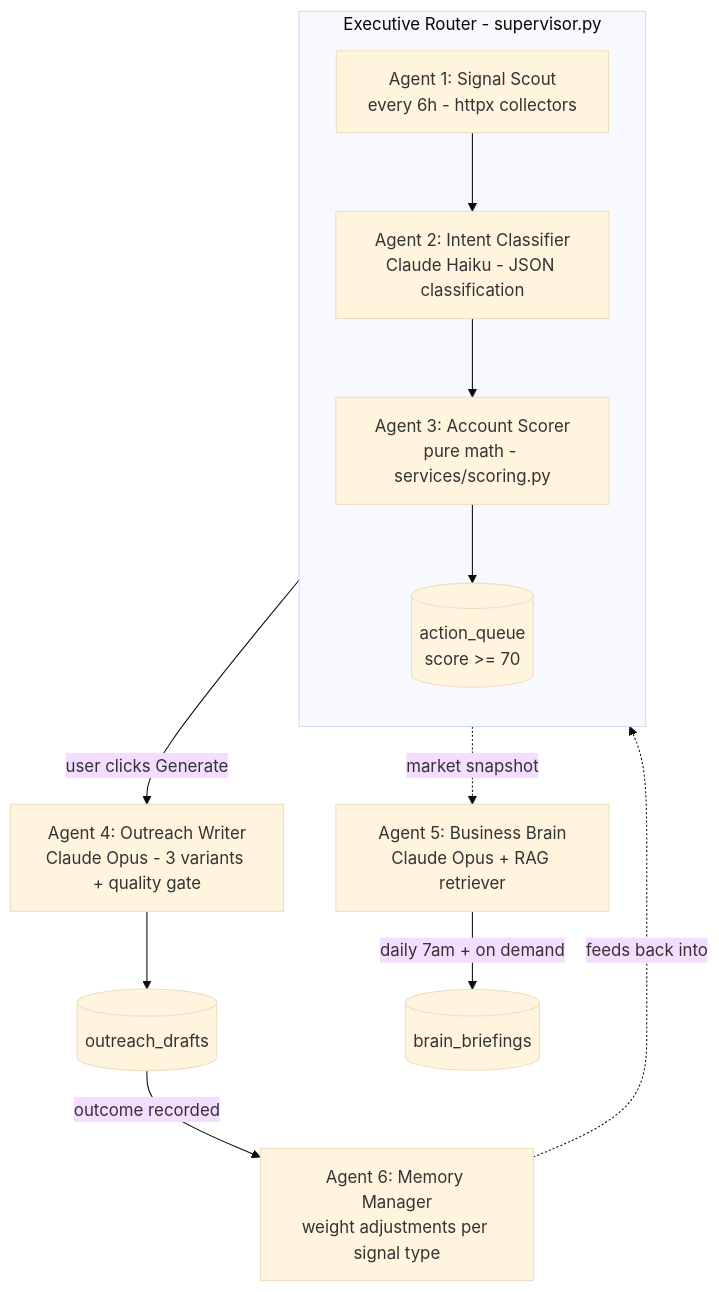
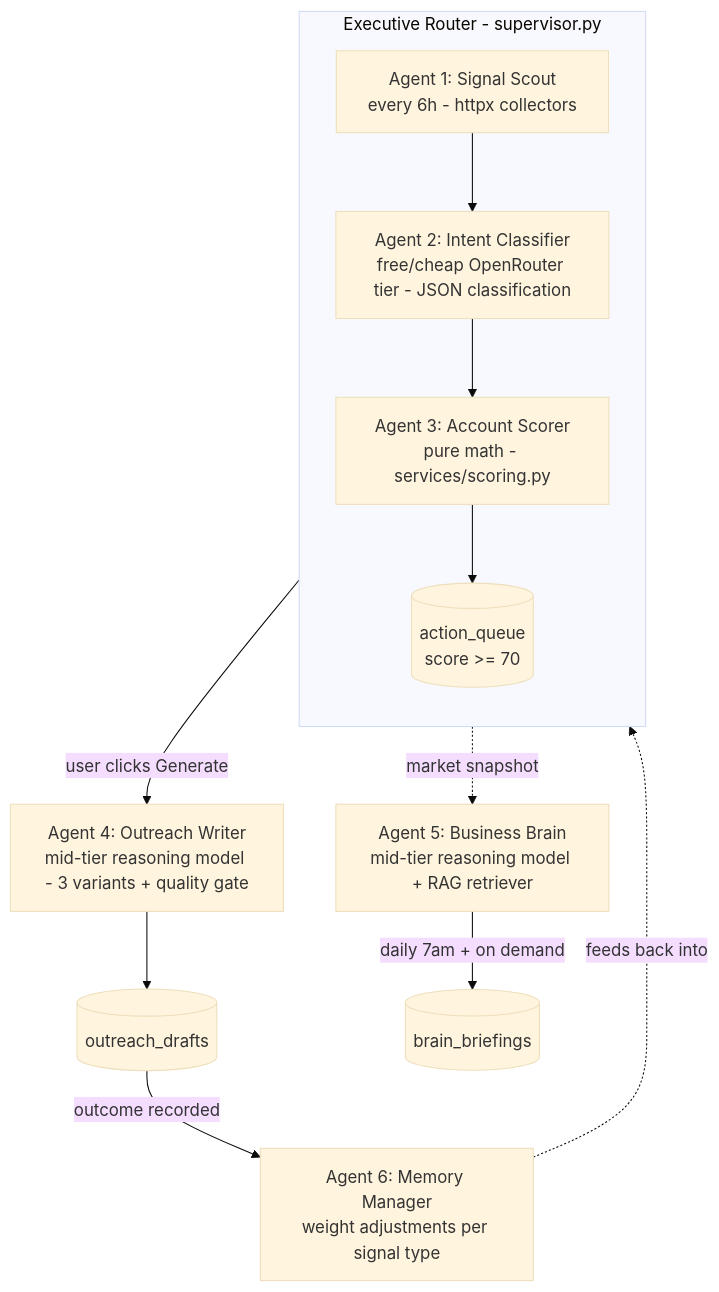
The diagram in docs/architecture.md (faiazyen/nexus-intelligence), drawn with Mermaid (base theme) before and after one commit. The commit also changed other lines of this file and 31 other files, not shown here.

````diff
--- a/docs/architecture.md
+++ b/docs/architecture.md
@@ -15,15 +15,15 @@
 ```mermaid
 flowchart TD
     subgraph EXEC[Executive Router - supervisor.py]
         direction TB
-        S1[Agent 1: Signal Scout<br/>every 6h - httpx collectors] --> S2[Agent 2: Intent Classifier<br/>Claude Haiku - JSON classification]
+        S1[Agent 1: Signal Scout<br/>every 6h - httpx collectors] --> S2[Agent 2: Intent Classifier<br/>free/cheap OpenRouter tier - JSON classification]
         S2 --> S3[Agent 3: Account Scorer<br/>pure math - services/scoring.py]
         S3 --> Q[(action_queue<br/>score >= 70)]
     end
-    Q -->|user clicks Generate| S4[Agent 4: Outreach Writer<br/>Claude Opus - 3 variants + quality gate]
+    Q -->|user clicks Generate| S4[Agent 4: Outreach Writer<br/>mid-tier reasoning model - 3 variants + quality gate]
     S4 --> D[(outreach_drafts)]
     D -->|outcome recorded| S6[Agent 6: Memory Manager<br/>weight adjustments per signal type]
     S6 -.->|feeds back into| S3
-    B[Agent 5: Business Brain<br/>Claude Opus + RAG retriever] -->|daily 7am + on demand| BR[(brain_briefings)]
+    B[Agent 5: Business Brain<br/>mid-tier reasoning model + RAG retriever] -->|daily 7am + on demand| BR[(brain_briefings)]
     Q -.->|market snapshot| B
 ```
````
